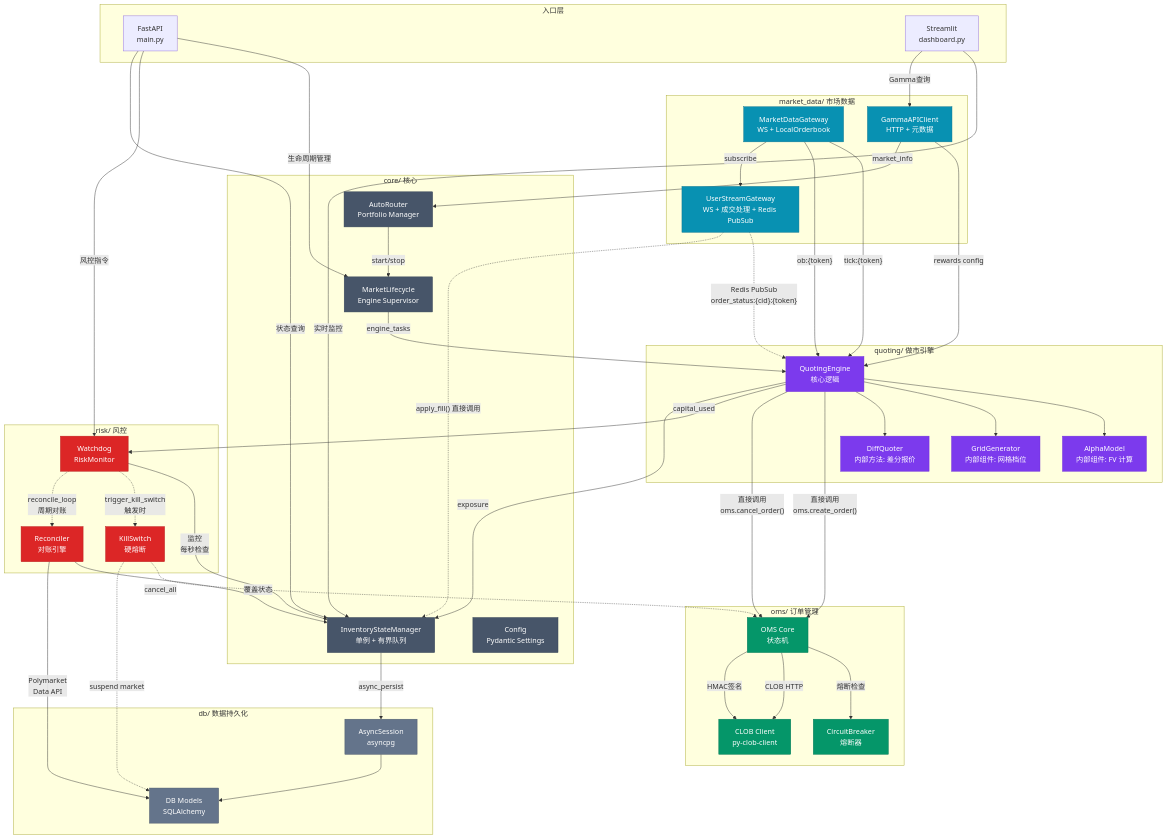
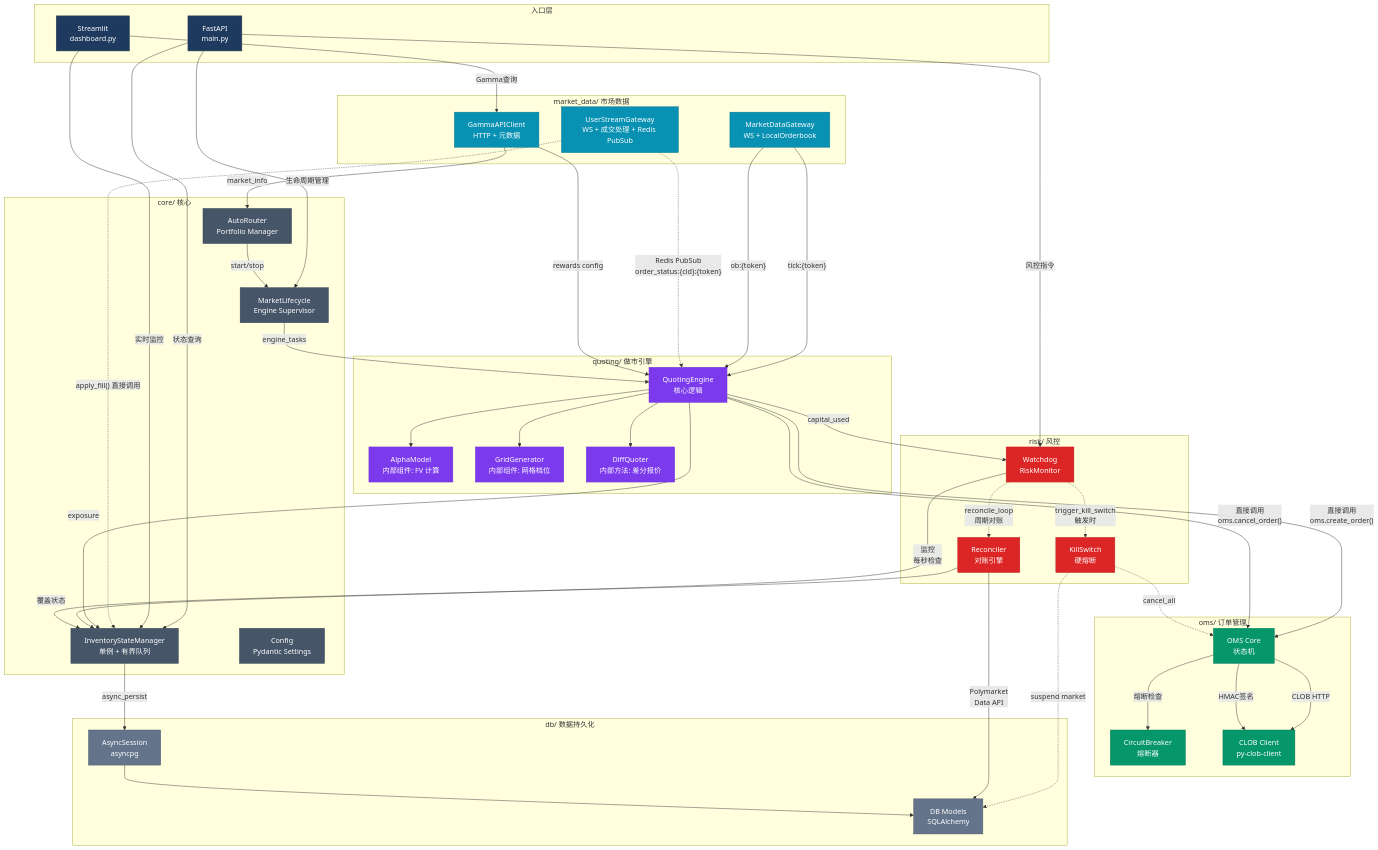
Before and after one commit to liu-kaining/PolyMatrixEngine: the diagram in spec/architecture_diagrams/02_module_relationships.md, drawn with Mermaid. The commit also changed 12 other files, not shown here.

```diff
--- a/spec/architecture_diagrams/02_module_relationships.md
+++ b/spec/architecture_diagrams/02_module_relationships.md
@@ -66,7 +66,6 @@
     %% MarketData 分发
     Gateway -->|"tick:{token}"| Engine
     Gateway -->|"ob:{token}"| Engine
-    Gateway -->|"subscribe"| UserStream
 
     %% UserStream 通过 Redis PubSub 发布成交事件
     UserStream -.->|"Redis PubSub<br/>order_status:{cid}:{token}"| Engine
@@ -113,6 +112,7 @@
     classDef risk fill:#dc2626,stroke:#b91c1c,color:#fff
     classDef db fill:#64748b,stroke:#475569,color:#fff
 
+    class FastAPI,Streamlit entry
     class Gateway,UserStream,Gamma data
     class InvState,Lifecycle,AutoRouter,Config core
     class Engine,Alpha,Grid,Diff quoting
```
